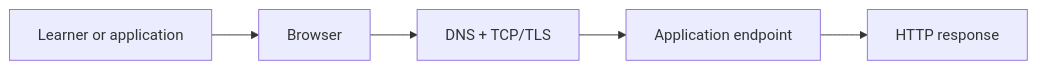
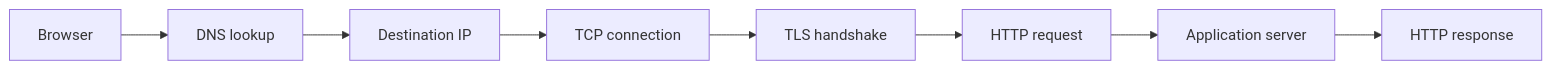
The first of 8 diagrams in Networking_Fundamentals.md (jayeshsharma2605/aws-education-notes), drawn with Mermaid before and after one commit. The commit also changed other lines of this file, not shown here.

````diff
--- a/Networking_Fundamentals.md
+++ b/Networking_Fundamentals.md
@@ -29,7 +26,10 @@
-```mermaid
+~~~mermaid
 flowchart LR
-  USER["Learner or application"] --> FIRST["Browser"]
-  FIRST --> SECOND["DNS + TCP/TLS"]
-  SECOND --> THIRD["Application endpoint"]
-  THIRD --> RESULT["HTTP response"]
-```
+  B["Browser"] --> D["DNS lookup"]
+  D --> IP["Destination IP"]
+  IP --> C["TCP connection"]
+  C --> T["TLS handshake"]
+  T --> H["HTTP request"]
+  H --> S["Application server"]
+  S --> R["HTTP response"]
+~~~
````
